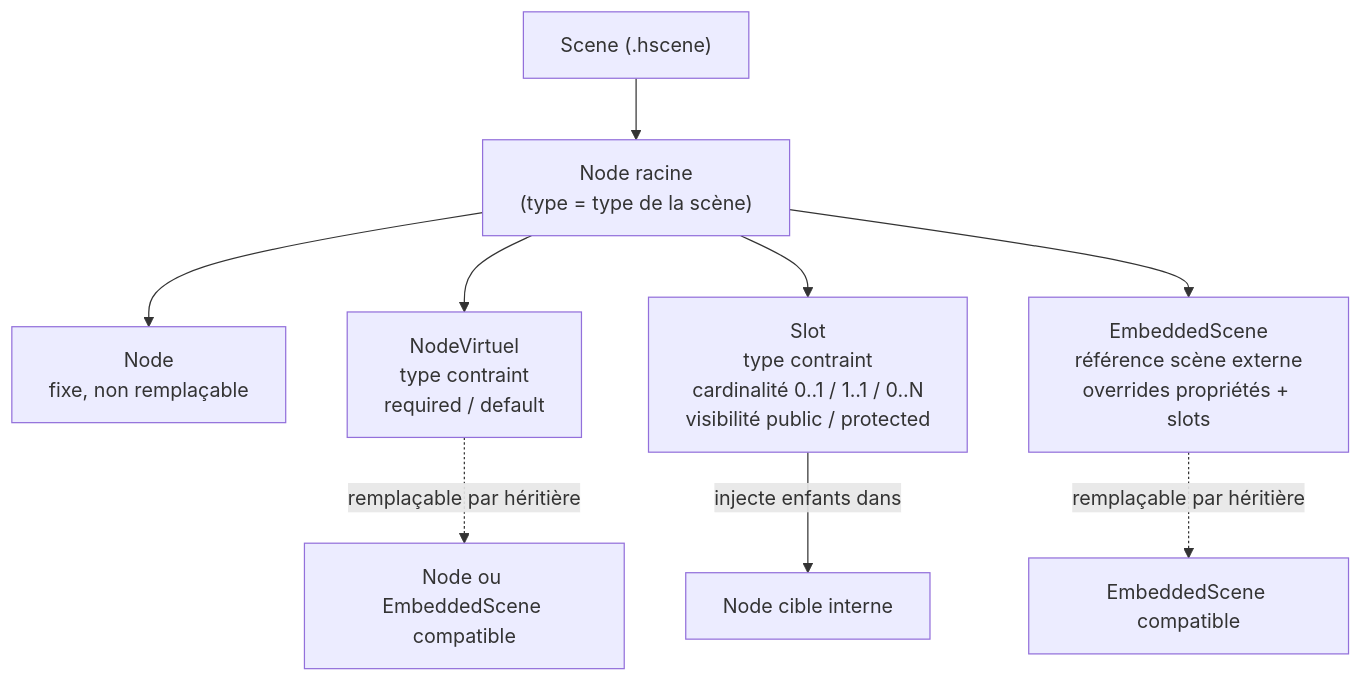
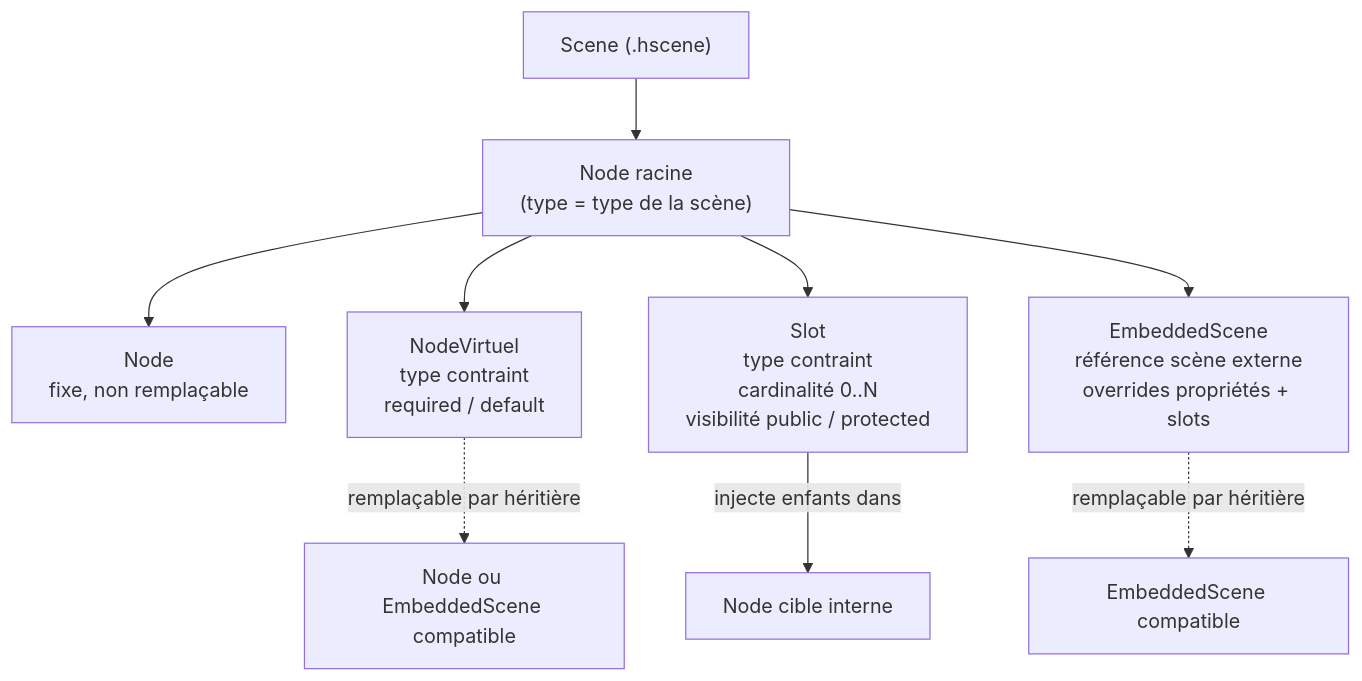
Before and after one commit to OmarAboudou/HumbleEngine: the second of 4 diagrams in Docs/spec-scene.md, drawn with Mermaid. The commit also changed other lines of this file and 6 other files, not shown here.

````diff
--- a/Docs/spec-scene.md
+++ b/Docs/spec-scene.md
@@ -90,14 +89,14 @@
 ```mermaid
 graph TD
   Scene["Scene (.hscene)"]
   Scene --> Root["Node racine\n(type = type de la scène)"]
 
   Root --> N["Node\nfixe, non remplaçable"]
   Root --> NV["NodeVirtuel\ntype contraint\nrequired / default"]
-  Root --> S["Slot\ntype contraint\ncardinalité 0..1 / 1..1 / 0..N\nvisibilité public / protected"]
+  Root --> S["Slot\ntype contraint\ncardinalité 0..N\nvisibilité public / protected"]
   Root --> ES["EmbeddedScene\nréférence scène externe\noverrides propriétés + slots"]
 
   S -->|"injecte enfants dans"| NT["Node cible interne"]
   NV -.->|"remplaçable par héritière"| NVR["Node ou EmbeddedScene compatible"]
   ES -.->|"remplaçable par héritière"| ESR["EmbeddedScene compatible"]
 ```
````
